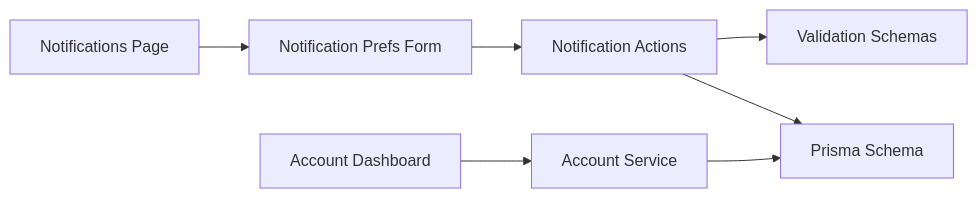
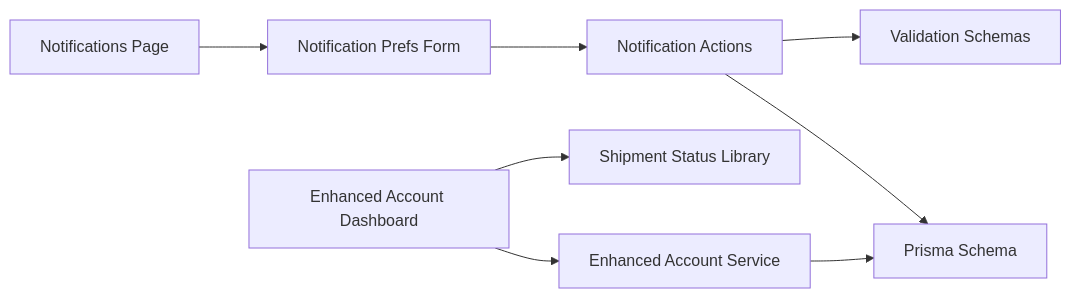
Before and after one commit to gyamposudodzi/Timberland: diagram 14 of 14 in .qoder/repowiki/en/content/Authentication System/User Management/User Profile Management.md, drawn with Mermaid. The commit also changed other lines of this file and 48 other files, not shown here.

First line of the commit message:
feat(testing): expand E2E test coverage with new user flows and dashboard features

````diff
--- a/.qoder/repowiki/en/content/Authentication System/User Management/User Profile Management.md
+++ b/.qoder/repowiki/en/content/Authentication System/User Management/User Profile Management.md
@@ -374,9 +544,10 @@
 ```mermaid
 graph LR
-Dashboard["Account Dashboard"] --> AccountService["Account Service"]
+Dashboard["Enhanced Account Dashboard"] --> AccountService["Enhanced Account Service"]
+Dashboard --> StatusLib["Shipment Status Library"]
 Notifications["Notifications Page"] --> PrefsForm["Notification Prefs Form"]
 PrefsForm --> NotificationActions["Notification Actions"]
 NotificationActions --> Validation["Validation Schemas"]
 AccountService --> Schema["Prisma Schema"]
 NotificationActions --> Schema
 ```
````
